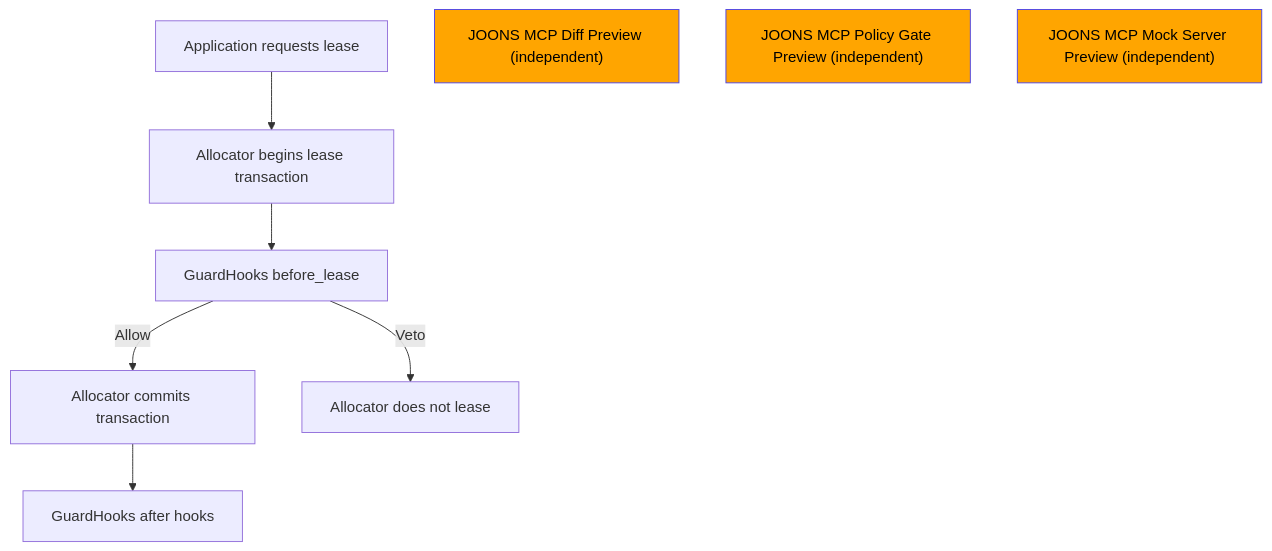
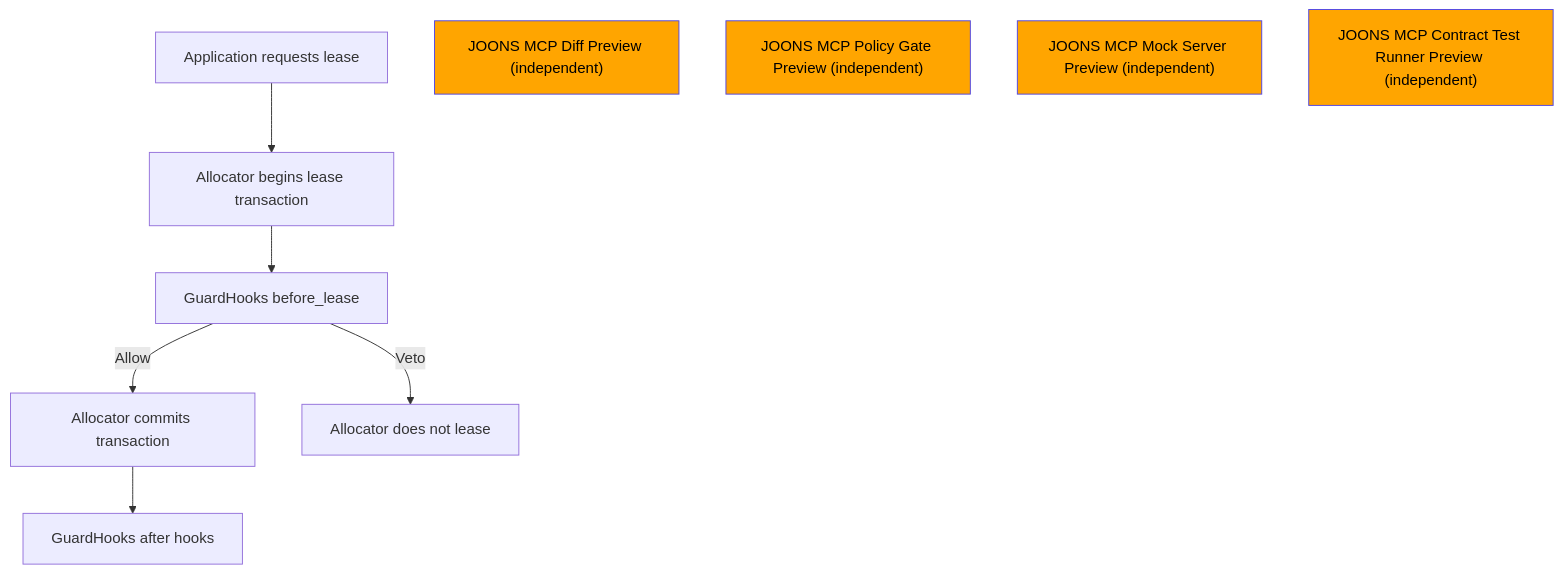
One commit to dbdefault/joons-ecosystem changed the third of 3 diagrams in docs/ARCHITECTURE.md. Above: the diagram before and after it, drawn with Mermaid. The commit also changed other lines of this file and 6 other files, not shown here.

Commit message:
Docs: add JOONS MCP Contract Test Runner v0.1.0 Preview

````diff
--- a/docs/ARCHITECTURE.md
+++ b/docs/ARCHITECTURE.md
@@ -110,13 +115,14 @@
 ```mermaid
 flowchart TD
     App["Application requests lease"] --> Begin["Allocator begins lease transaction"]
     Begin --> Before["GuardHooks before_lease"]
     Before -->|"Allow"| Commit["Allocator commits transaction"]
     Commit --> After["GuardHooks after hooks"]
     Before -->|"Veto"| Stop["Allocator does not lease"]
     Diff["JOONS MCP Diff Preview (independent)"]
     PolicyGate["JOONS MCP Policy Gate Preview (independent)"]
     MockServer["JOONS MCP Mock Server Preview (independent)"]
+    ContractRunner["JOONS MCP Contract Test Runner Preview (independent)"]
     classDef preview fill:#ffa500,stroke:#4F46E5,color:#000
-    class Diff,PolicyGate,MockServer preview
+    class Diff,PolicyGate,MockServer,ContractRunner preview
 ```
````
